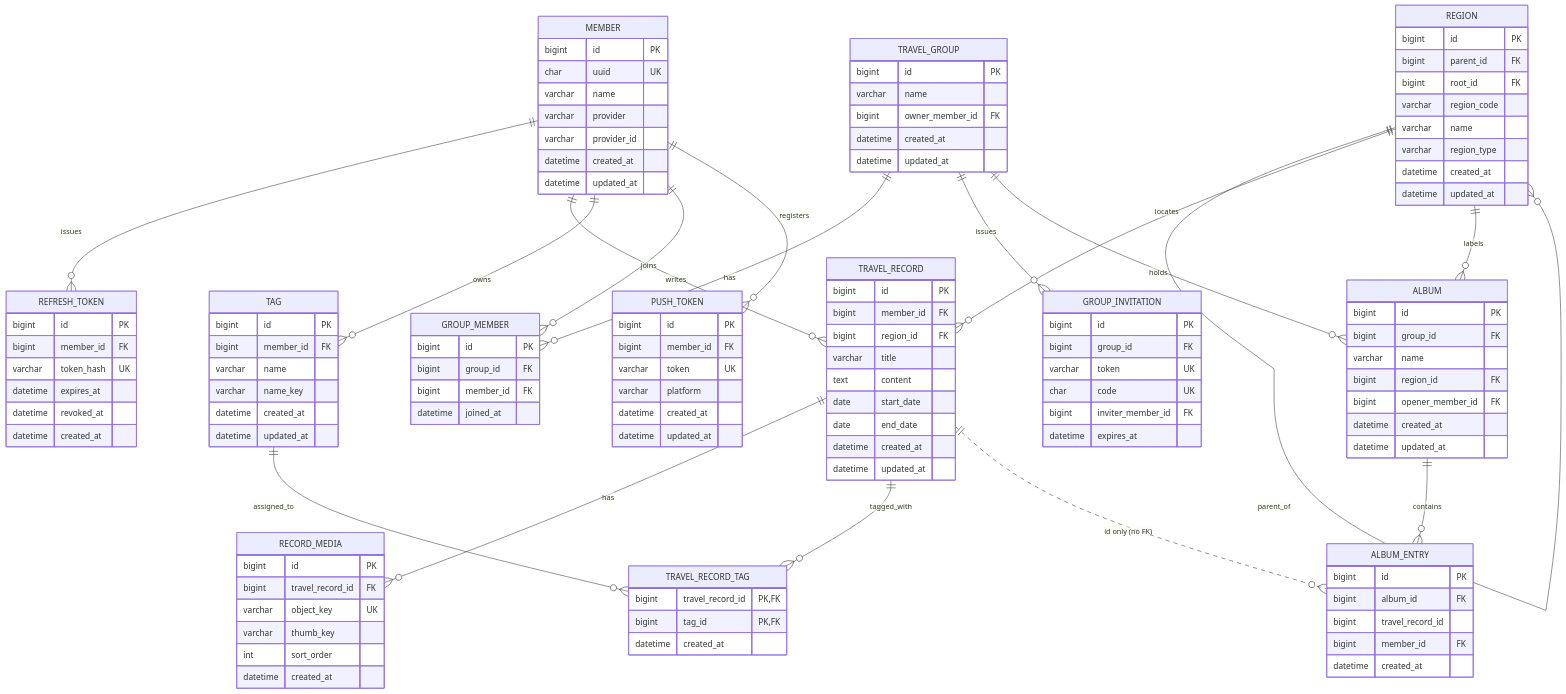
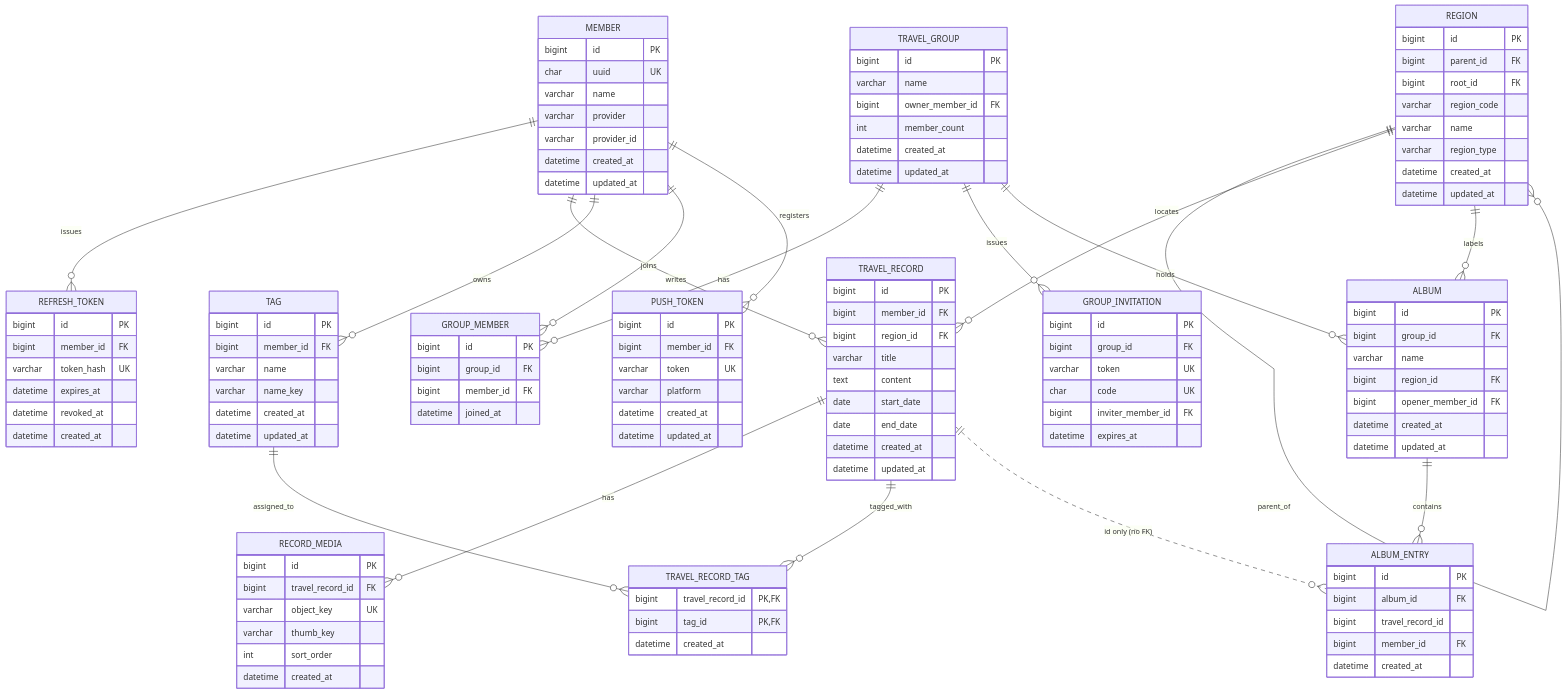
One commit to woowacourse-teams/2026-Mapmory changed the diagram in backend/docs/erd.md. Above: the diagram before and after it, drawn with Mermaid. The commit also changed other lines of this file and 8 other files, not shown here.

```diff
--- a/backend/docs/erd.md
+++ b/backend/docs/erd.md
@@ -98,6 +98,7 @@
         bigint id PK
         varchar name
         bigint owner_member_id FK
+        int member_count
         datetime created_at
         datetime updated_at
     }
```
